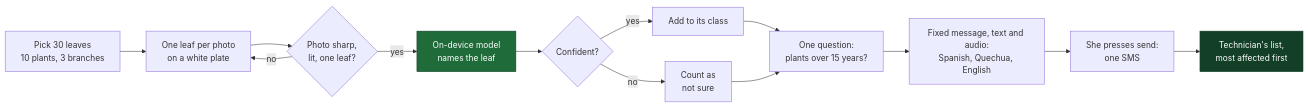
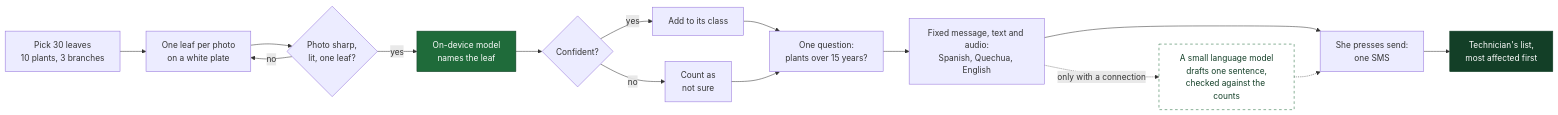
Before and after one commit to Proyecto-troya/Glyph-Squad: the diagram in README.md, drawn with Mermaid. The commit also changed other lines of this file and 6 other files, not shown here.

````diff
--- a/README.md
+++ b/README.md
@@ -85,18 +85,21 @@
 ```mermaid
 flowchart LR
     A["Pick 30 leaves<br>10 plants, 3 branches"] --> B["One leaf per photo<br>on a white plate"]
     B --> C{"Photo sharp,<br>lit, one leaf?"}
     C -- no --> B
     C -- yes --> D["On-device model<br>names the leaf"]
     D --> E{"Confident?"}
     E -- yes --> F["Add to its class"]
     E -- no --> G["Count as<br>not sure"]
     F --> H["One question:<br>plants over 15 years?"]
     G --> H
     H --> I["Fixed message, text and audio:<br>Spanish, Quechua, English"]
     I --> J["She presses send:<br>one SMS"]
+    I -. "only with a connection" .-> L["A small language model<br>drafts one sentence,<br>checked against the counts"]
+    L -.-> J
     J --> K["Technician's list,<br>most affected first"]
 
     style D fill:#1f6b3a,stroke:#133f27,color:#ffffff
     style K fill:#133f27,stroke:#133f27,color:#ffffff
+    style L fill:#ffffff,stroke:#1f6b3a,color:#133f27,stroke-dasharray: 5 5
 ```
````
